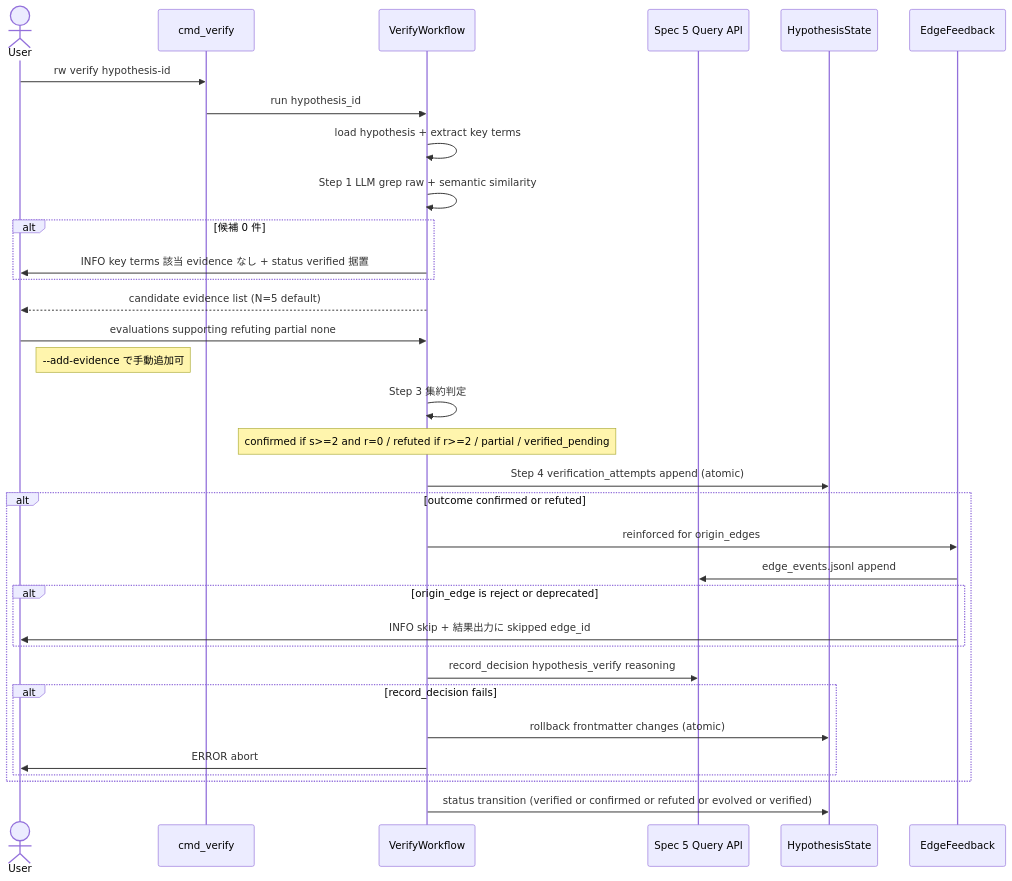
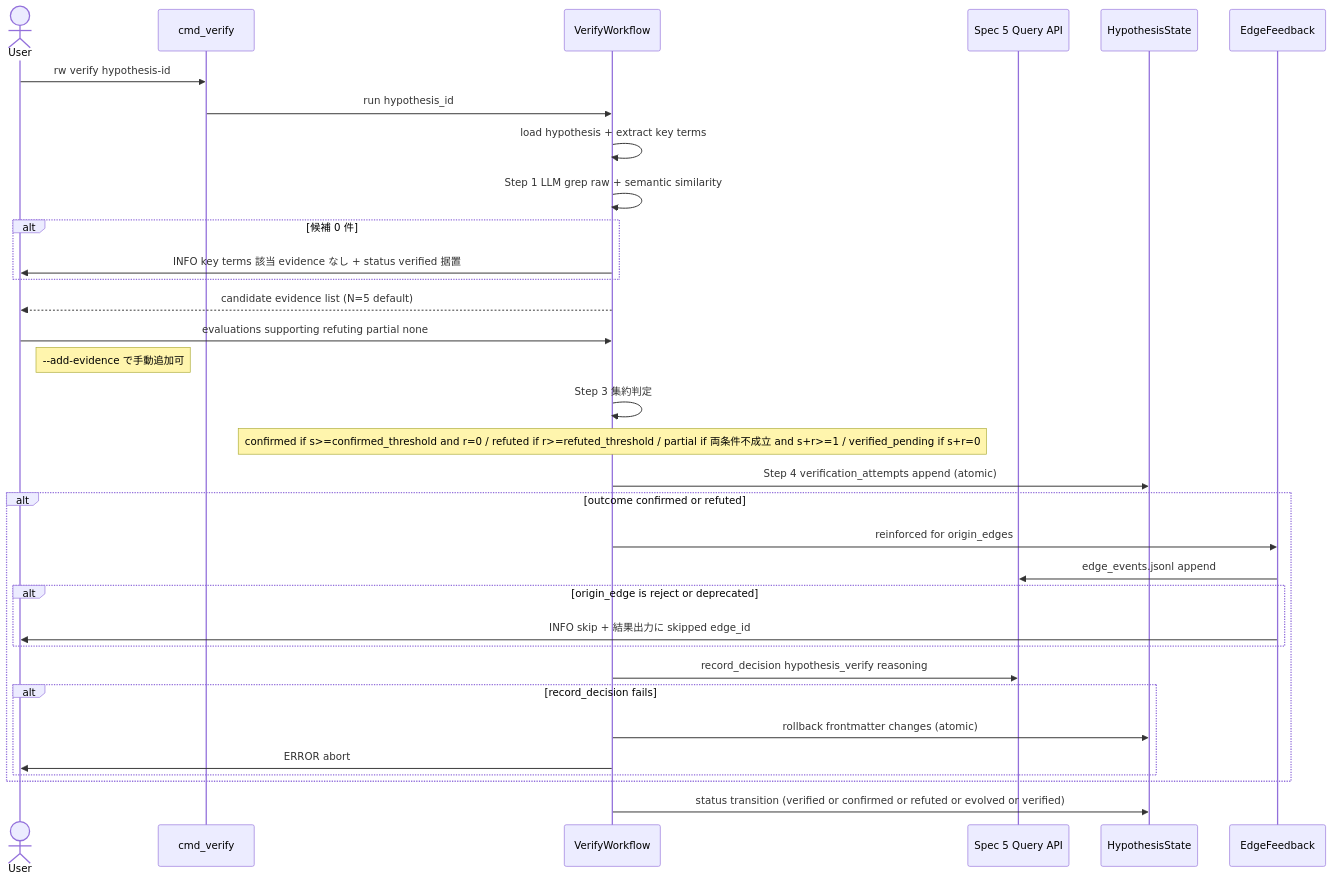
The third of 4 diagrams in .kiro/specs/rwiki-v2-perspective-generation/design.md (kenoogl/Rwiki-dev), drawn with Mermaid before and after one commit. The commit also changed other lines of this file, not shown here.

````diff
--- a/.kiro/specs/rwiki-v2-perspective-generation/design.md
+++ b/.kiro/specs/rwiki-v2-perspective-generation/design.md
@@ -317,36 +318,36 @@
 ```mermaid
 sequenceDiagram
     actor User
     participant Cmd as cmd_verify
     participant Workflow as VerifyWorkflow
     participant Spec5 as Spec 5 Query API
     participant State as HypothesisState
     participant EdgeFB as EdgeFeedback
 
     User->>Cmd: rw verify hypothesis-id
     Cmd->>Workflow: run hypothesis_id
     Workflow->>Workflow: load hypothesis + extract key terms
     Workflow->>Workflow: Step 1 LLM grep raw + semantic similarity
     alt 候補 0 件
         Workflow->>User: INFO key terms 該当 evidence なし + status verified 据置
     end
     Workflow-->>User: candidate evidence list (N=5 default)
     User->>Workflow: evaluations supporting refuting partial none
     note right of User: --add-evidence で手動追加可
     Workflow->>Workflow: Step 3 集約判定
-    note over Workflow: confirmed if s>=2 and r=0 / refuted if r>=2 / partial / verified_pending
+    note over Workflow: confirmed if s>=confirmed_threshold and r=0 / refuted if r>=refuted_threshold / partial if 両条件不成立 and s+r>=1 / verified_pending if s+r=0
     Workflow->>State: Step 4 verification_attempts append (atomic)
     alt outcome confirmed or refuted
         Workflow->>EdgeFB: reinforced for origin_edges
         EdgeFB->>Spec5: edge_events.jsonl append
         alt origin_edge is reject or deprecated
             EdgeFB->>User: INFO skip + 結果出力に skipped edge_id
         end
         Workflow->>Spec5: record_decision hypothesis_verify reasoning
         alt record_decision fails
             Workflow->>State: rollback frontmatter changes (atomic)
             Workflow->>User: ERROR abort
         end
     end
     Workflow->>State: status transition (verified or confirmed or refuted or evolved or verified)
 ```
````
